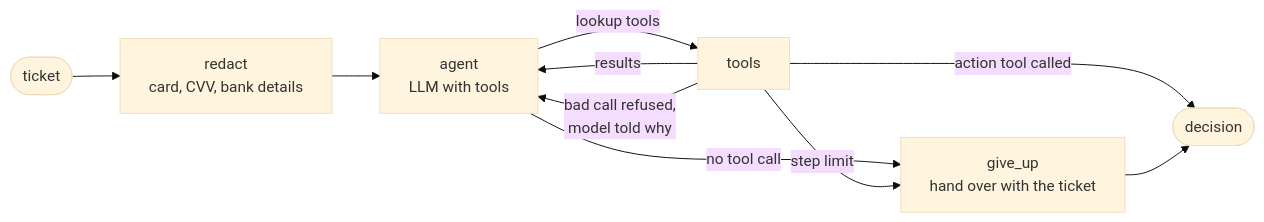
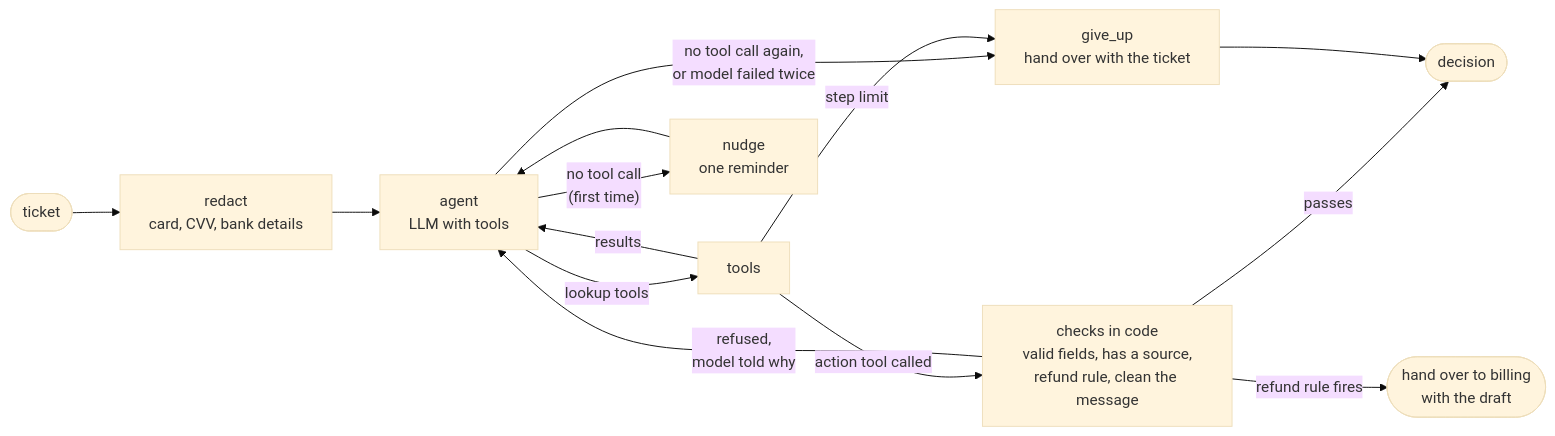
Before and after one commit to ax3cubed/support-triage-agent: the diagram in README.md, drawn with Mermaid (base theme). The commit also changed other lines of this file and 1 other file, not shown here.

Commit message:
Bring the agent diagram and docstring in line with the v3 graph
Show the checks in code, the nudge and the model-failure path.

````diff
--- a/README.md
+++ b/README.md
@@ -29,12 +29,16 @@
 ```mermaid
 flowchart LR
     T([ticket]) --> R[redact<br/>card, CVV, bank details]
     R --> A[agent<br/>LLM with tools]
     A -- lookup tools --> X[tools]
     X -- results --> A
-    X -- action tool called --> D([decision])
-    X -- "bad call refused,<br/>model told why" --> A
-    A -- no tool call --> G[give_up<br/>hand over with the ticket]
+    X -- action tool called --> C[checks in code<br/>valid fields, has a source,<br/>refund rule, clean the message]
+    C -- passes --> D([decision])
+    C -- "refused,<br/>model told why" --> A
+    C -- "refund rule fires" --> B([hand over to billing<br/>with the draft])
+    A -- "no tool call<br/>(first time)" --> N[nudge<br/>one reminder]
+    N --> A
+    A -- "no tool call again,<br/>or model failed twice" --> G[give_up<br/>hand over with the ticket]
     X -- step limit --> G
     G --> D
 ```
````
